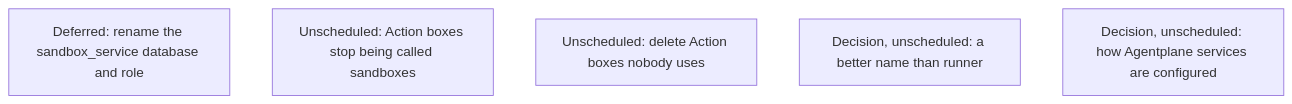
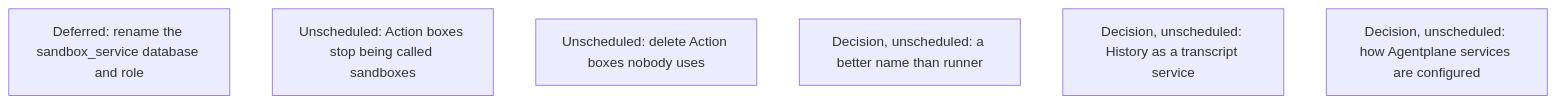
One commit to agentydragon-agent/ducktape changed diagram 12 of 17 in agentplane/plans/task_dag.md. Above: the diagram before and after it, drawn with Mermaid. The commit also changed other lines of this file and 5 other files, not shown here.

````diff
--- a/agentplane/plans/task_dag.md
+++ b/agentplane/plans/task_dag.md
@@ -1615,8 +1615,9 @@
 ```mermaid
 flowchart TD
     HISTORY_DATABASE_RENAME[Deferred: rename the sandbox_service database and role]
     ACTION_BOX_RENAME[Unscheduled: Action boxes stop being called sandboxes]
     ACTION_BOX_IDLE_REAPER[Unscheduled: delete Action boxes nobody uses]
     RUNNER_RENAME[Decision, unscheduled: a better name than runner]
+    HISTORY_SERVICE_RENAME[Decision, unscheduled: History as a transcript service]
     SERVICE_SETTINGS_RETHINK[Decision, unscheduled: how Agentplane services are configured]
 ```
````
